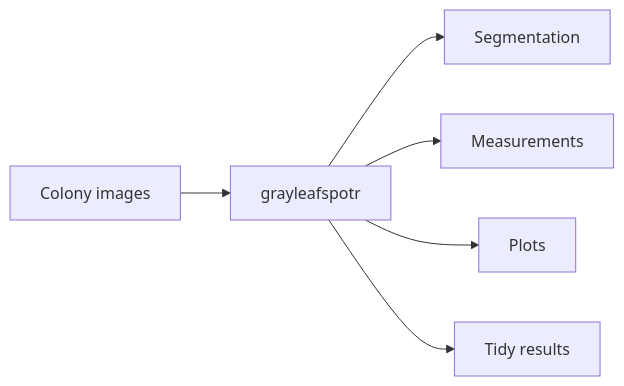
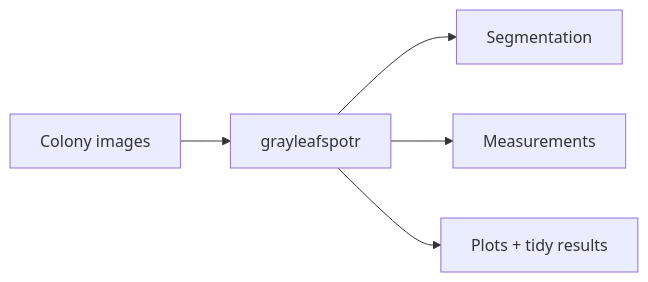
One commit to rotsl/rotsl.r-universe.dev changed the first of 5 diagrams in README.md. Above: the diagram before and after it, drawn with Mermaid. The commit also changed other lines of this file, not shown here.

````diff
--- a/README.md
+++ b/README.md
@@ -74,8 +58,7 @@
-``` mermaid
+```mermaid
 flowchart LR
     A["Colony images"] --> B["grayleafspotr"]
     B --> C["Segmentation"]
     B --> D["Measurements"]
-    B --> E["Plots"]
-    B --> F["Tidy results"]
+    B --> E["Plots + tidy results"]
 ```
````
